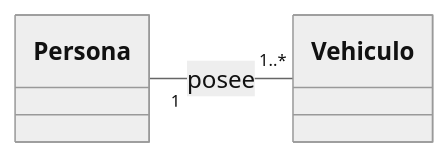
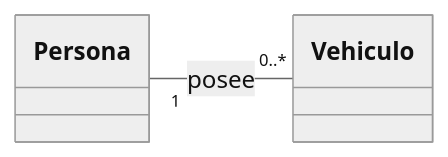
Before and after one commit to danielmartinan/entornos_desarrollo_2024-25: the fifth of 28 diagrams in UD4 - Introducción a POO, diagramas UML y diagramas de clases/ud04_2_notacion_uml_diagramas_clases.md, drawn with Mermaid (neutral theme). The commit also changed other lines of this file and 2 other files, not shown here.

Commit message:
Movido pasos para crear un diagrama de clases a partir de la definición del problema de ud04_3 a ud04_2

````diff
--- a/UD4 - Introducción a POO, diagramas UML y diagramas de clases/ud04_2_notacion_uml_diagramas_clases.md
+++ b/UD4 - Introducción a POO, diagramas UML y diagramas de clases/ud04_2_notacion_uml_diagramas_clases.md
@@ -127,9 +136,9 @@
 ``` mermaid
 classDiagram
     direction LR
 
     class Persona
     class Vehiculo
 
-    Persona "1" -- "1..*" Vehiculo: posee
+    Persona "1" -- "0..*" Vehiculo: posee
 ```
````
